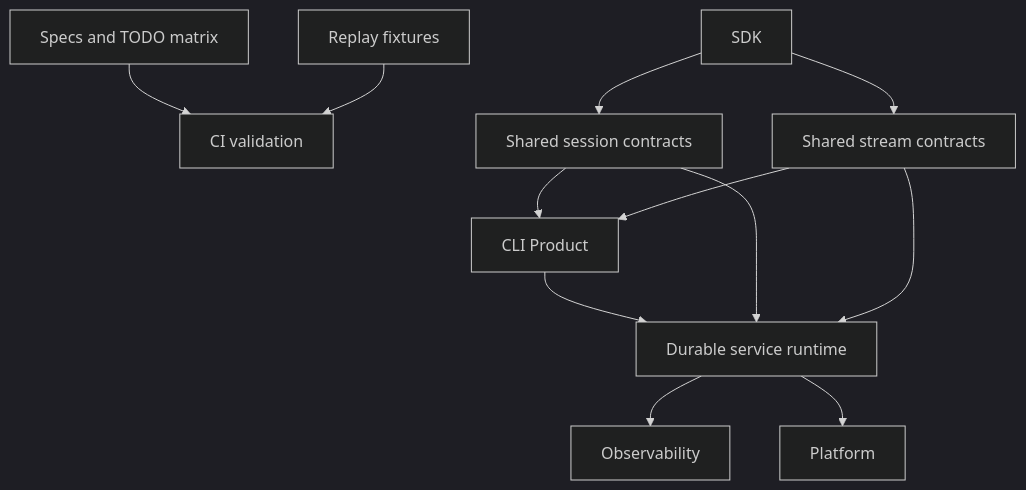
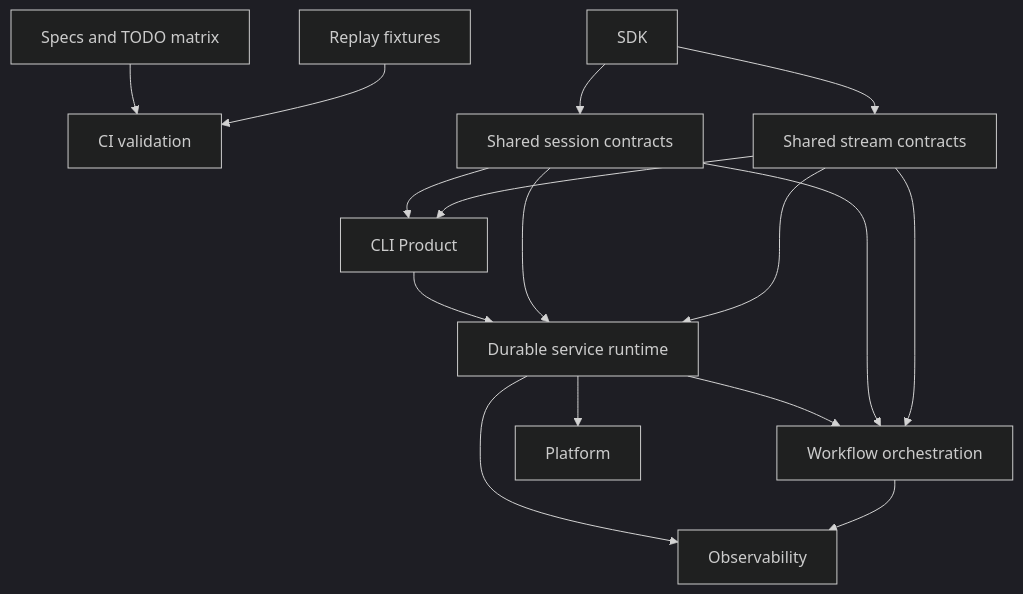
One commit to Wh1isper/starweaver changed the diagram in spec/ops/README.md. Above: the diagram before and after it, drawn with Mermaid (dark theme). The commit also changed other lines of this file and 31 other files, not shown here.

````diff
--- a/spec/ops/README.md
+++ b/spec/ops/README.md
@@ -20,25 +21,30 @@
 ```mermaid
 flowchart TD
     ci[CI validation]
     replay[Replay fixtures]
     specs[Specs and TODO matrix]
     sdk[SDK]
     session[Shared session contracts]
     stream[Shared stream contracts]
     service[Durable service runtime]
     cli[CLI Product]
     observability[Observability]
+    workflow[Workflow orchestration]
     platform[Platform]
 
     specs --> ci
     replay --> ci
     sdk --> session
     sdk --> stream
     session --> cli
     stream --> cli
     cli --> service
     session --> service
     stream --> service
+    service --> workflow
+    session --> workflow
+    stream --> workflow
     service --> observability
+    workflow --> observability
     service --> platform
 ```
````
